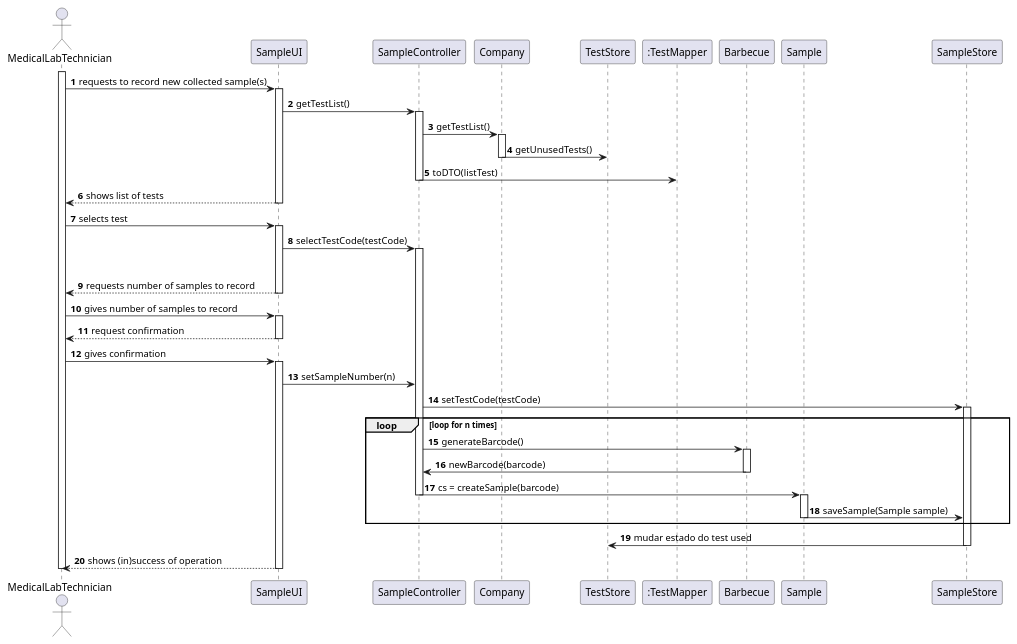
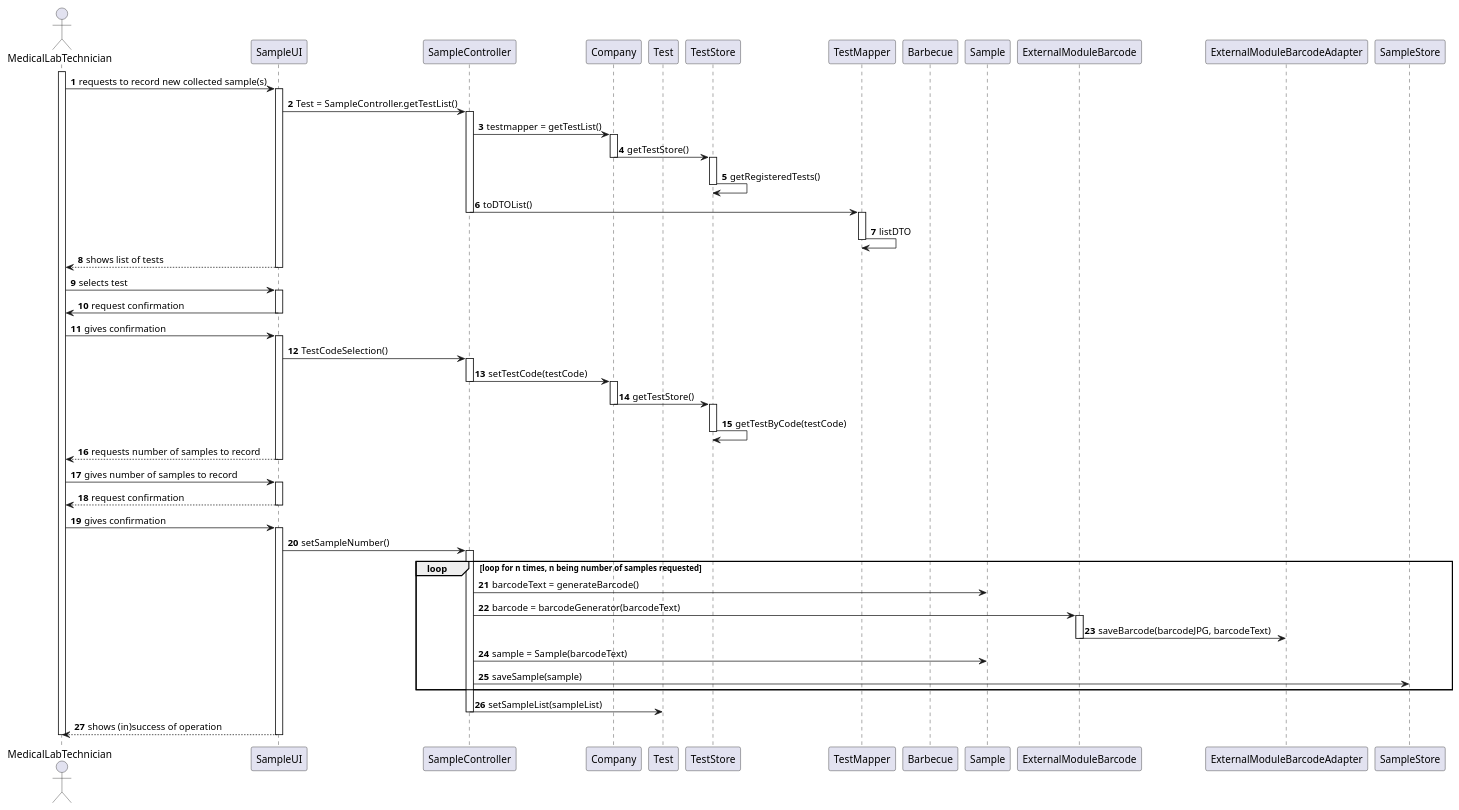
The diagram in docs/SprintC/US5/US5_SD.puml (MadDinosaur/ISEP-LAPR2), drawn with PlantUML before and after one commit. The commit also changed 4 other files, not shown here.

```diff
--- a/docs/SprintC/US5/US5_SD.puml
+++ b/docs/SprintC/US5/US5_SD.puml
@@ -1,63 +1,79 @@
 @startuml
 
 autonumber
 
 actor MedicalLabTechnician as mlt
 participant SampleUI as UI
 participant SampleController as Controller
 participant Company
+participant Test
 participant TestStore
-participant ":TestMapper" as TestMapper
+participant TestMapper
 participant Barbecue as API
 participant Sample
+participant ExternalModuleBarcode as emb
+participant ExternalModuleBarcodeAdapter as emba
 participant SampleStore
 
 activate mlt
 mlt -> UI: requests to record new collected sample(s)
 activate UI
-UI -> Controller: getTestList()
+UI -> Controller: Test = SampleController.getTestList()
 activate Controller
-Controller -> Company: getTestList()
+Controller -> Company: testmapper = getTestList()
 activate Company
-Company -> TestStore: getUnusedTests()
+Company -> TestStore: getTestStore()
 deactivate Company
-Controller -> TestMapper: toDTO(listTest)
+activate TestStore
+TestStore -> TestStore: getRegisteredTests()
+deactivate TestStore
+Controller -> TestMapper: toDTOList()
 deactivate Controller
+activate TestMapper
+TestMapper -> TestMapper: listDTO
+deactivate TestMapper
 deactivate Company
 UI --> mlt: shows list of tests
 deactivate UI
 mlt -> UI: selects test
 activate UI
-UI -> Controller: selectTestCode(testCode)
+UI -> mlt: request confirmation
+deactivate UI
+mlt -> UI: gives confirmation
+activate UI
+UI -> Controller: TestCodeSelection()
 activate Controller
+Controller -> Company: setTestCode(testCode)
+deactivate Controller
+activate Company
+Company -> TestStore: getTestStore()
 deactivate Company
+activate TestStore
+TestStore -> TestStore: getTestByCode(testCode)
+deactivate TestStore
 UI --> mlt: requests number of samples to record
 deactivate UI
 mlt -> UI: gives number of samples to record
 activate UI
 UI --> mlt: request confirmation
 deactivate UI
 mlt -> UI: gives confirmation
 activate UI
-
-UI -> Controller: setSampleNumber(n)
-Controller -> SampleStore: setTestCode(testCode)
-activate SampleStore
-loop loop for n times
-Controller -> API: generateBarcode()
-activate API
-API -> Controller: newBarcode(barcode)
-deactivate API
-Controller -> Sample: cs = createSample(barcode)
+UI -> Controller: setSampleNumber()
+activate Controller
+loop loop for n times, n being number of samples requested
+Controller -> Sample: barcodeText = generateBarcode()
+Controller -> emb: barcode = barcodeGenerator(barcodeText)
+activate emb
+emb -> emba: saveBarcode(barcodeJPG, barcodeText)
+deactivate emb
+Controller -> Sample: sample = Sample(barcodeText)
+Controller -> SampleStore: saveSample(sample)
+end loop
+Controller -> Test: setSampleList(sampleList)
 deactivate Controller
-activate Sample
-Sample -> SampleStore: saveSample(Sample sample)
-deactivate Sample
-end loop
-SampleStore -> TestStore: mudar estado do test used
-deactivate SampleStore
 UI --> mlt: shows (in)success of operation
 deactivate UI
 deactivate mlt
 
 @enduml
```
